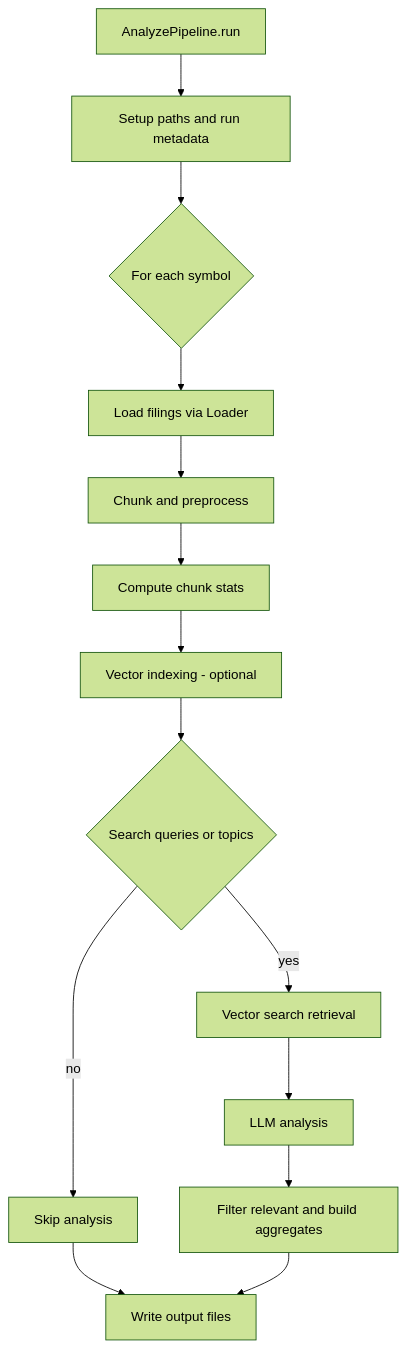
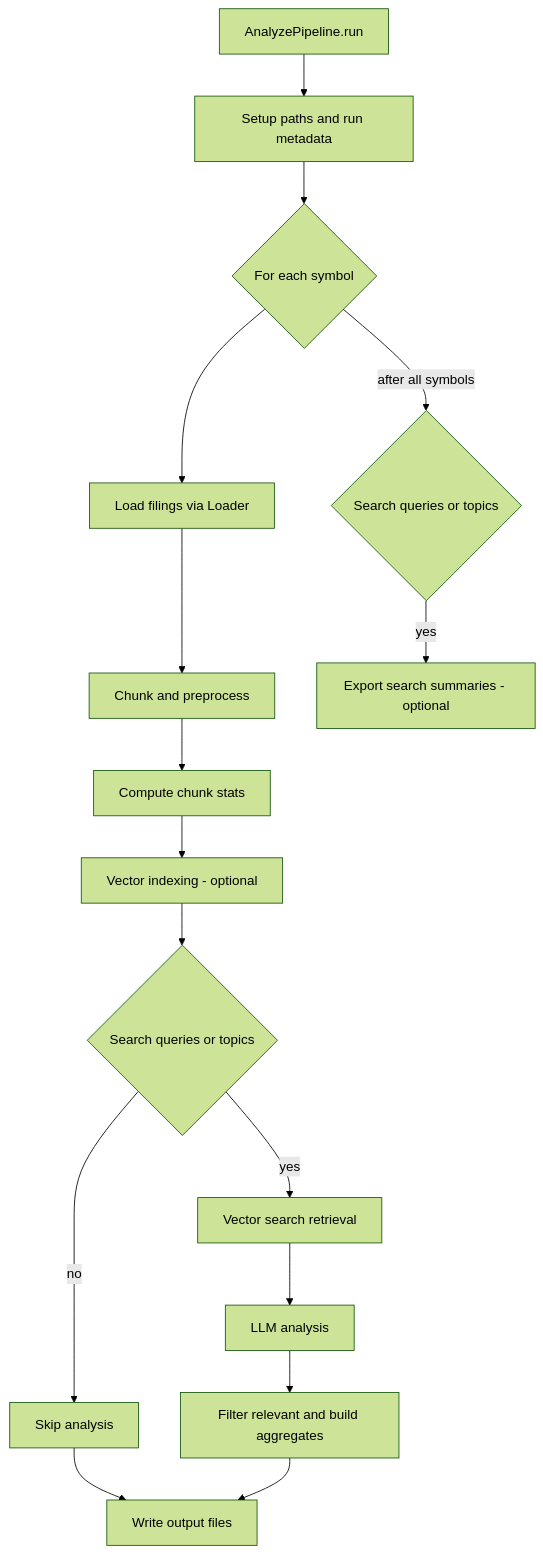
The diagram in src/sec_nlp/pipelines/presets/analyze/README.md (nrhill1/sec_nlp), drawn with Mermaid (forest theme) before and after one commit. The commit also changed other lines of this file and 43 other files, not shown here.

````diff
--- a/src/sec_nlp/pipelines/presets/analyze/README.md
+++ b/src/sec_nlp/pipelines/presets/analyze/README.md
@@ -7,16 +7,18 @@
 ```mermaid
 flowchart TD
   A[AnalyzePipeline.run] --> B[Setup paths and run metadata]
   B --> C{For each symbol}
   C --> D[Load filings via Loader]
   D --> E[Chunk and preprocess]
   E --> F[Compute chunk stats]
   F --> G[Vector indexing - optional]
   G --> H{Search queries or topics}
   H -- no --> I[Skip analysis]
   H -- yes --> J[Vector search retrieval]
   J --> K[LLM analysis]
   K --> L[Filter relevant and build aggregates]
   I --> M[Write output files]
   L --> M
+  C -->|after all symbols| N{Search queries or topics}
+  N -- yes --> O[Export search summaries - optional]
 ```
````
